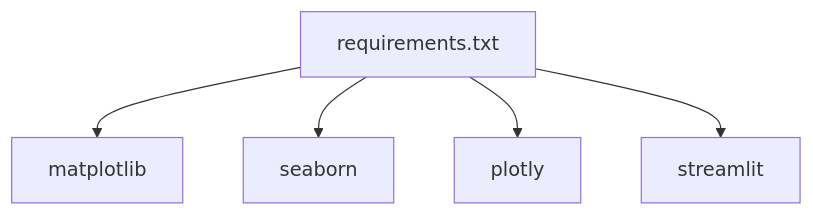
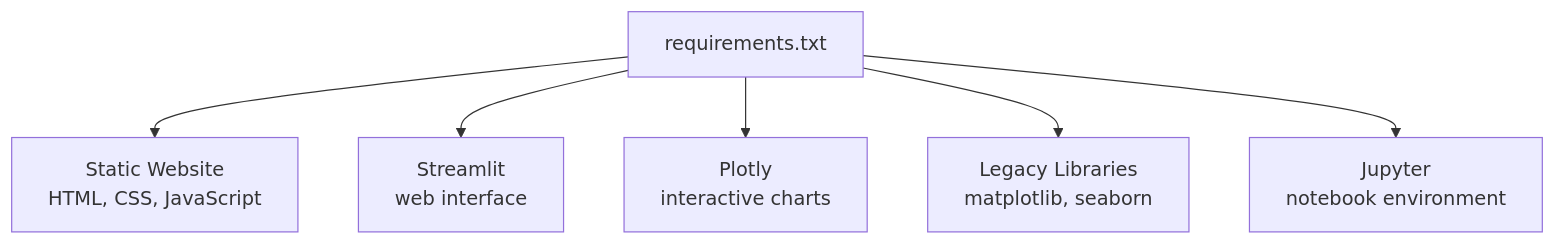
The third of 3 diagrams in .qoder/repowiki/en/content/Visualization and Analysis.md (tashkirrr/housing-price-prediction), drawn with Mermaid before and after one commit. The commit also changed other lines of this file and 9 other files, not shown here.

First line of the commit message:
refactor(docs): restructure docs for static website deployment

````diff
--- a/.qoder/repowiki/en/content/Visualization and Analysis.md
+++ b/.qoder/repowiki/en/content/Visualization and Analysis.md
@@ -230,12 +245,14 @@
 ```mermaid
 graph TB
 Req["requirements.txt"]
-Mpl["matplotlib"]
-Sns["seaborn"]
-Plt["plotly"]
-Stl["streamlit"]
-Req --> Mpl
-Req --> Sns
-Req --> Plt
-Req --> Stl
+STATIC["Static Website<br/>HTML, CSS, JavaScript"]
+STREAMLIT["Streamlit<br/>web interface"]
+PLOTLY["Plotly<br/>interactive charts"]
+LEGACY["Legacy Libraries<br/>matplotlib, seaborn"]
+JUPYTER["Jupyter<br/>notebook environment"]
+Req --> STATIC
+Req --> STREAMLIT
+Req --> PLOTLY
+Req --> LEGACY
+Req --> JUPYTER
 ```
````
